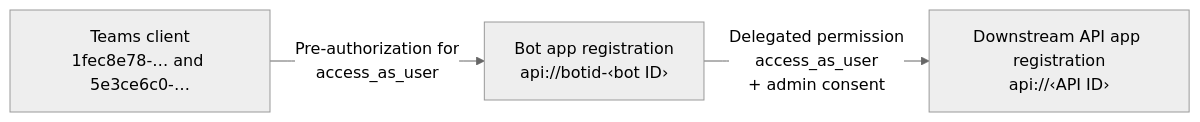
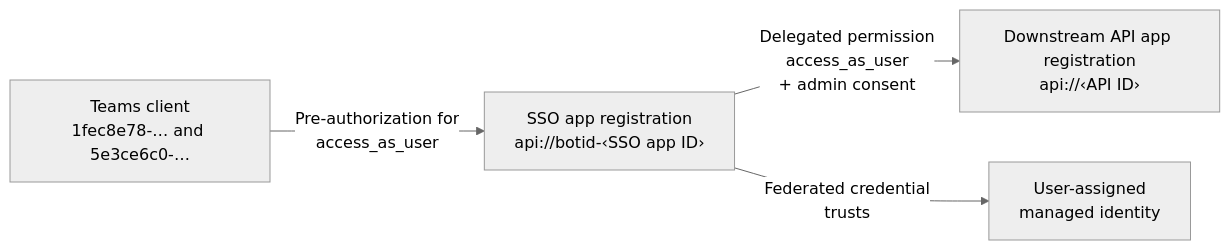
One commit to georgemathieson/Bot changed the third of 10 diagrams in docs/how-obo-works.md. Above: the diagram before and after it, drawn with Mermaid (neutral theme). The commit also changed other lines of this file and 4 other files, not shown here.

First line of the commit message:
Set up and document the managed identity bot

````diff
--- a/docs/how-obo-works.md
+++ b/docs/how-obo-works.md
@@ -88,8 +96,10 @@
 ```mermaid
 flowchart LR
     TC["Teams client<br/>1fec8e78-… and 5e3ce6c0-…"]
-    BOT["Bot app registration<br/>api://botid-‹bot ID›"]
+    SSO["SSO app registration<br/>api://botid-‹SSO app ID›"]
     API["Downstream API app registration<br/>api://‹API ID›"]
-    TC -- "Pre-authorization for<br/>access_as_user" --> BOT
-    BOT -- "Delegated permission<br/>access_as_user<br/>+ admin consent" --> API
+    MI["User-assigned<br/>managed identity"]
+    TC -- "Pre-authorization for<br/>access_as_user" --> SSO
+    SSO -- "Delegated permission<br/>access_as_user<br/>+ admin consent" --> API
+    SSO -- "Federated credential<br/>trusts" --> MI
 ```
````
